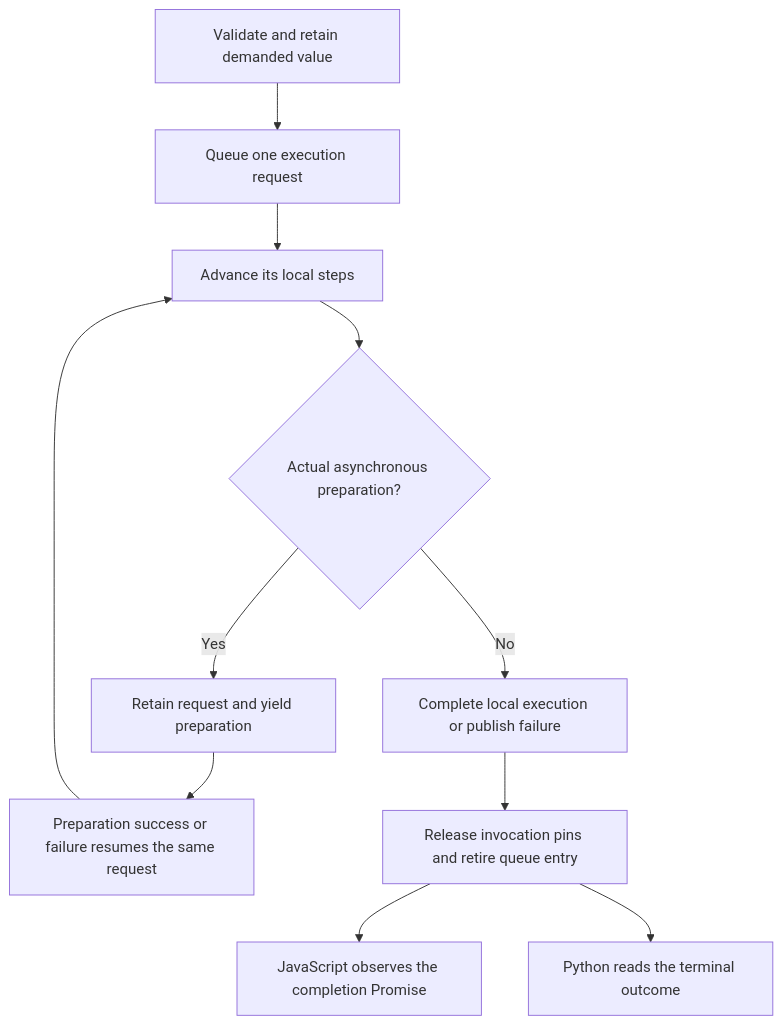
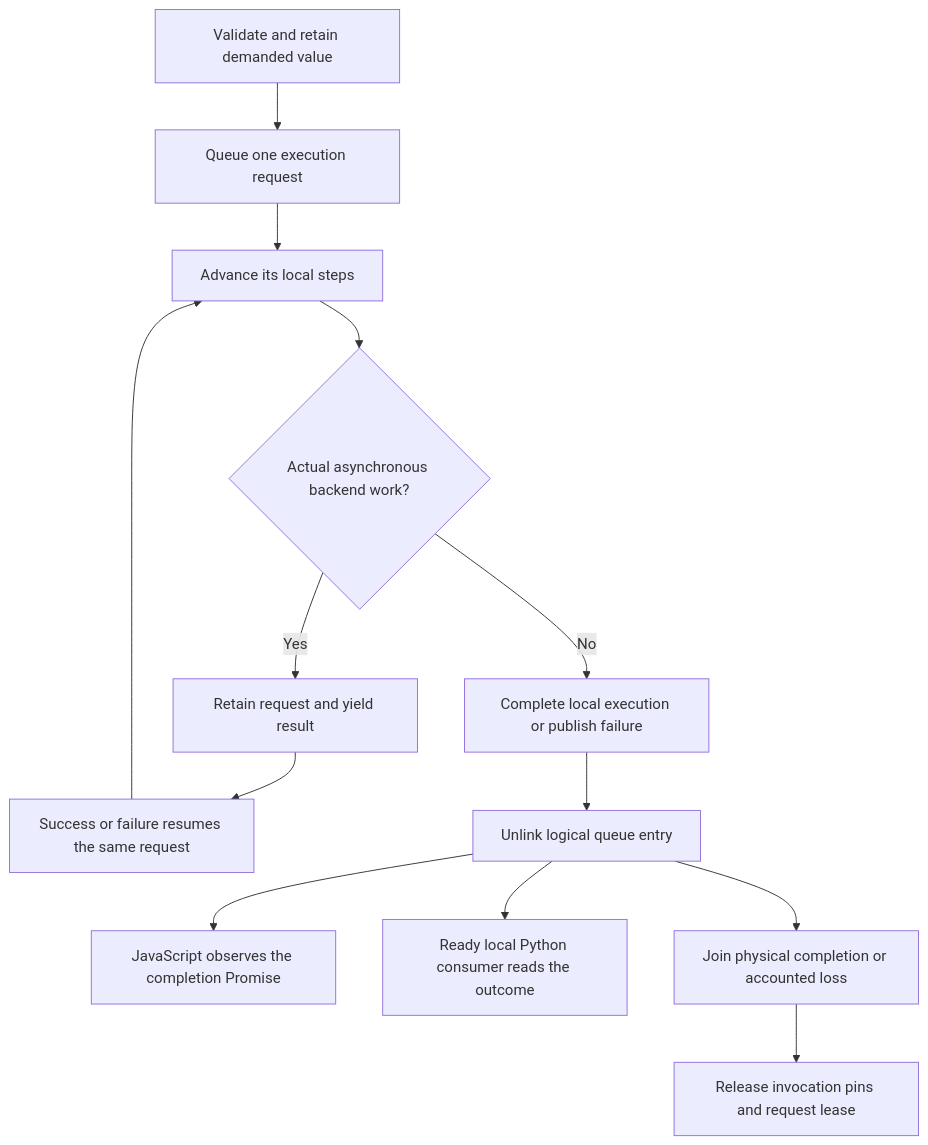
Before and after one commit to isaacperez/tabgrad: the diagram in docs/components/runtime-observation.md, drawn with Mermaid. The commit also changed other lines of this file and 36 other files, not shown here.

````diff
--- a/docs/components/runtime-observation.md
+++ b/docs/components/runtime-observation.md
@@ -41,13 +42,15 @@
 ```mermaid
 flowchart TD
     Admit[Validate and retain demanded value] --> Queue[Queue one execution request]
     Queue --> Advance[Advance its local steps]
-    Advance --> Need{Actual asynchronous preparation?}
-    Need -->|Yes| Wait[Retain request and yield preparation]
-    Wait --> Resume[Preparation success or failure resumes the same request]
+    Advance --> Need{Actual asynchronous backend work?}
+    Need -->|Yes| Wait[Retain request and yield result]
+    Wait --> Resume[Success or failure resumes the same request]
     Resume --> Advance
     Need -->|No| Finish[Complete local execution or publish failure]
-    Finish --> Retire[Release invocation pins and retire queue entry]
-    Retire --> JS[JavaScript observes the completion Promise]
-    Retire --> Python[Python reads the terminal outcome]
+    Finish --> Unlink[Unlink logical queue entry]
+    Unlink --> JS[JavaScript observes the completion Promise]
+    Unlink --> Python[Ready local Python consumer reads the outcome]
+    Unlink --> Drain[Join physical completion or accounted loss]
+    Drain --> Retire[Release invocation pins and request lease]
 ```
````
